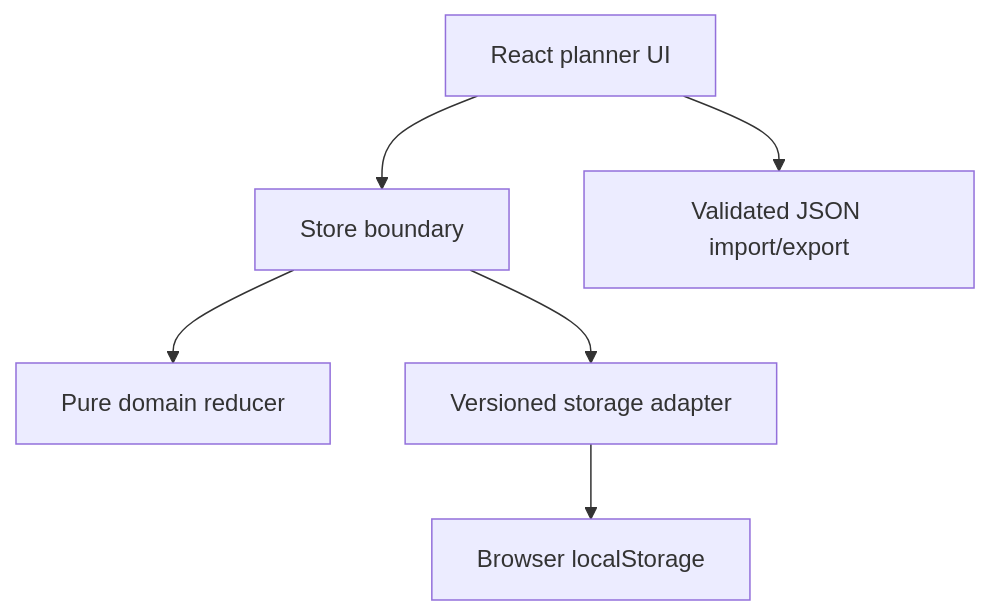
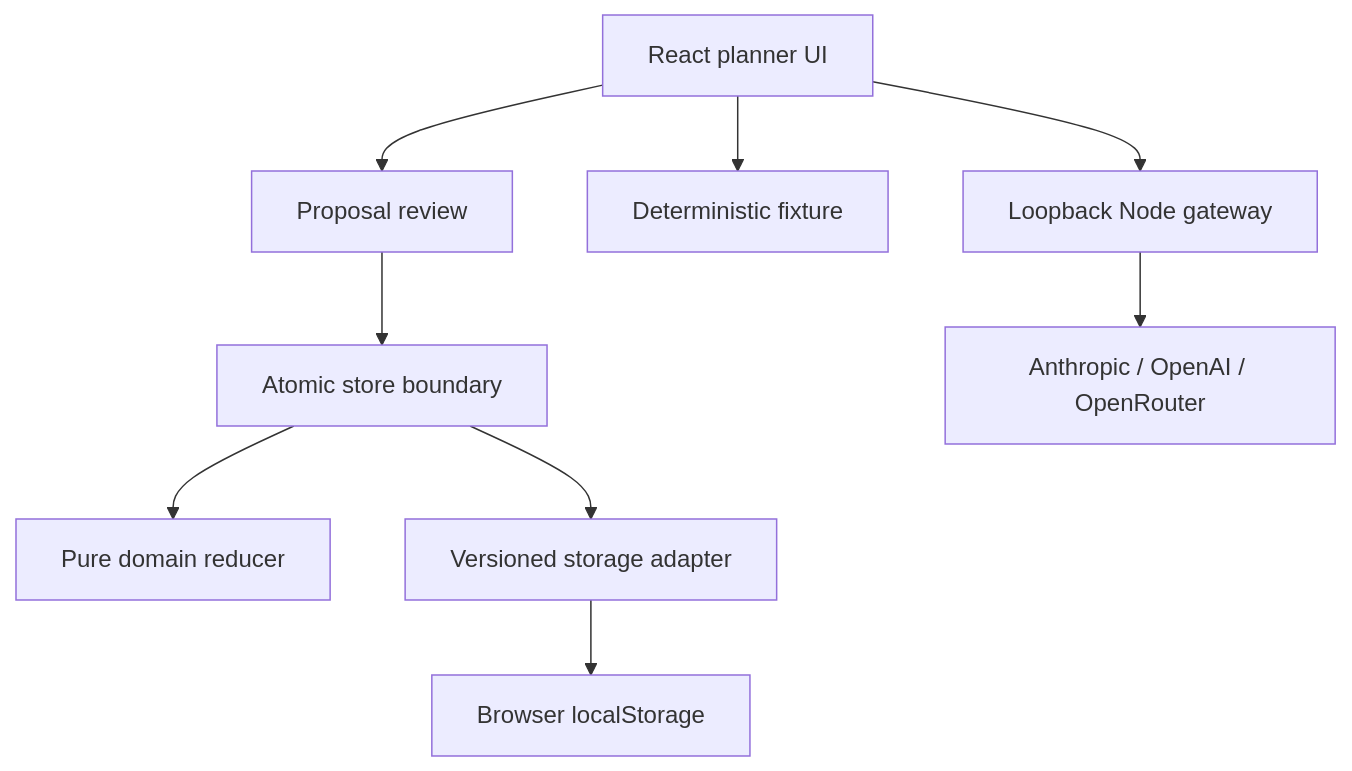
One commit to Andreasniss/7dayfocus-ai-delivery-lab changed the diagram in README.md. Above: the diagram before and after it, drawn with Mermaid. The commit also changed other lines of this file and 33 other files, not shown here.

````diff
--- a/README.md
+++ b/README.md
@@ -35,8 +37,11 @@
 ```mermaid
 flowchart TD
-    UI["React planner UI"] --> Store["Store boundary"]
+    UI["React planner UI"] --> Review["Proposal review"]
+    Review --> Store["Atomic store boundary"]
     Store --> Reducer["Pure domain reducer"]
     Store --> Storage["Versioned storage adapter"]
-    UI --> Exchange["Validated JSON import/export"]
+    UI --> Fixture["Deterministic fixture"]
+    UI --> Gateway["Loopback Node gateway"]
+    Gateway --> Providers["Anthropic / OpenAI / OpenRouter"]
     Storage --> Local["Browser localStorage"]
 ```
````
